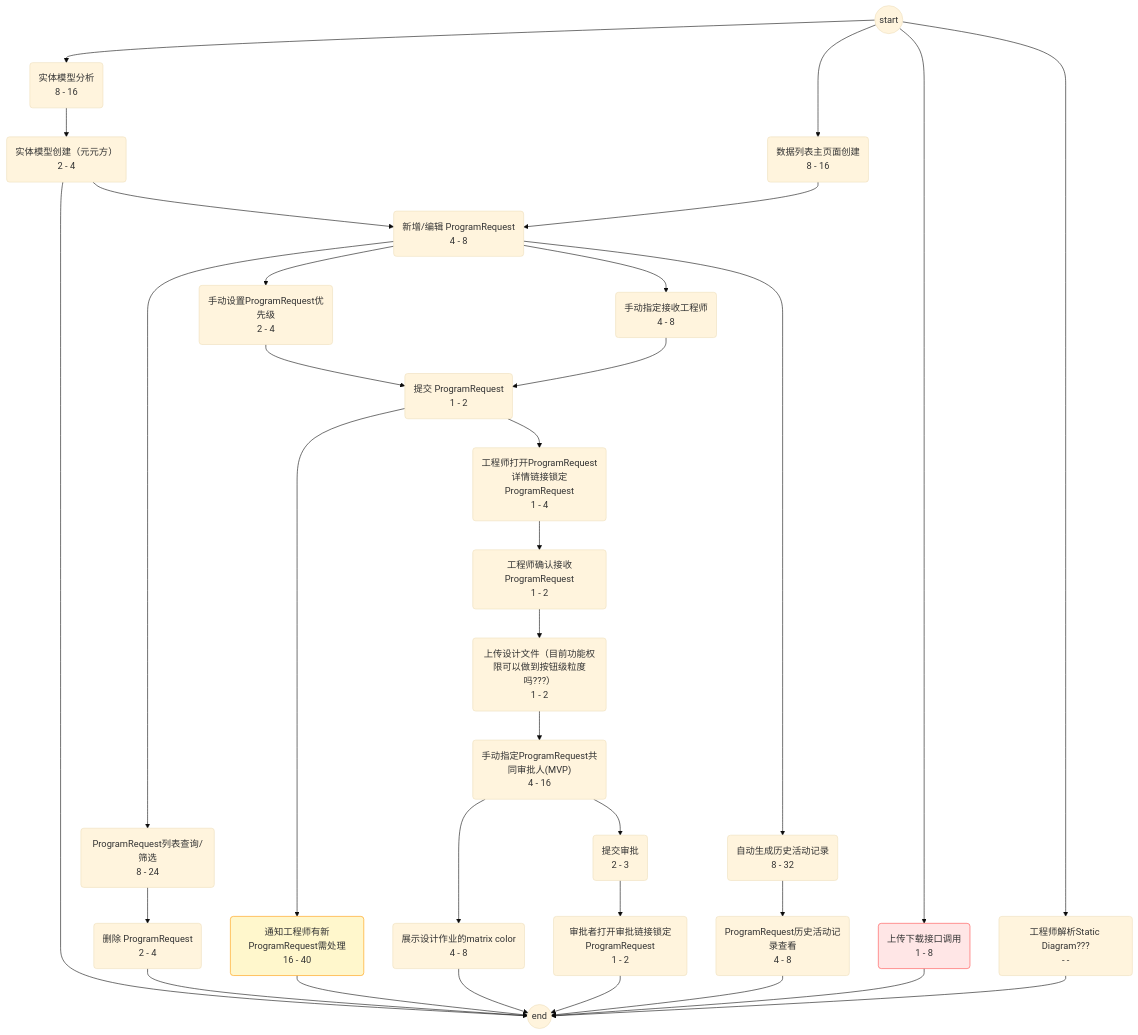
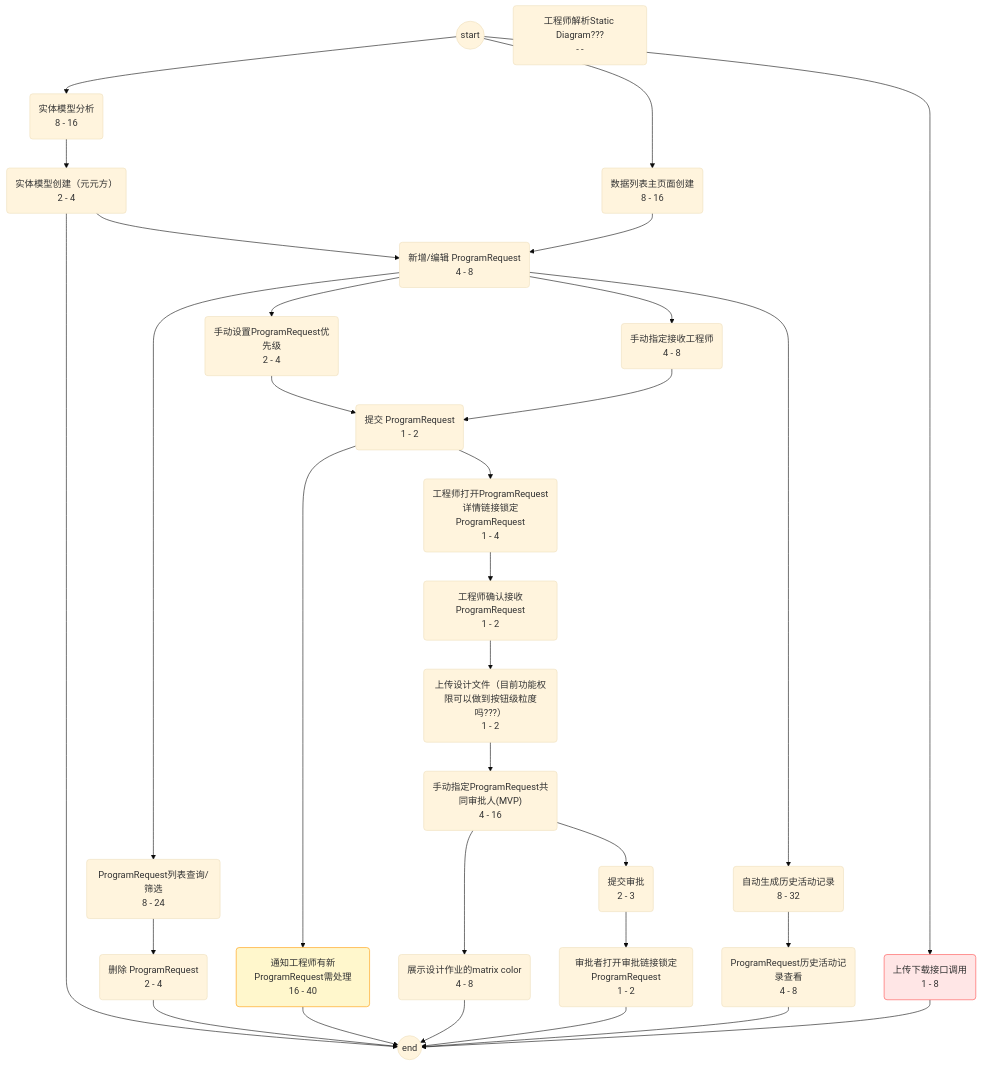
The diagram in Projects/Program Request Management/Documents/Analysis/03-Plan/002-stage1.md (Sanjel-Energy-Services/eService_WorkItems), drawn with Mermaid (base theme) before and after one commit. The commit also changed 1 other file, not shown here.

Commit message:
#383 Move t18 to stage2

```diff
--- a/Projects/Program Request Management/Documents/Analysis/03-Plan/002-stage1.md
+++ b/Projects/Program Request Management/Documents/Analysis/03-Plan/002-stage1.md
@@ -85,9 +85,6 @@
 start --> t05
 t05 --> eend
 
-start --> t18
-t18 --> eend
-
 %% Highlight t05 node with a different color
 style t05 fill:#ffe6e6,stroke:#ff4d4d,stroke-width:1px
 style t14 fill:#fff7cc,stroke:#ff9900,stroke-width:1px
```
